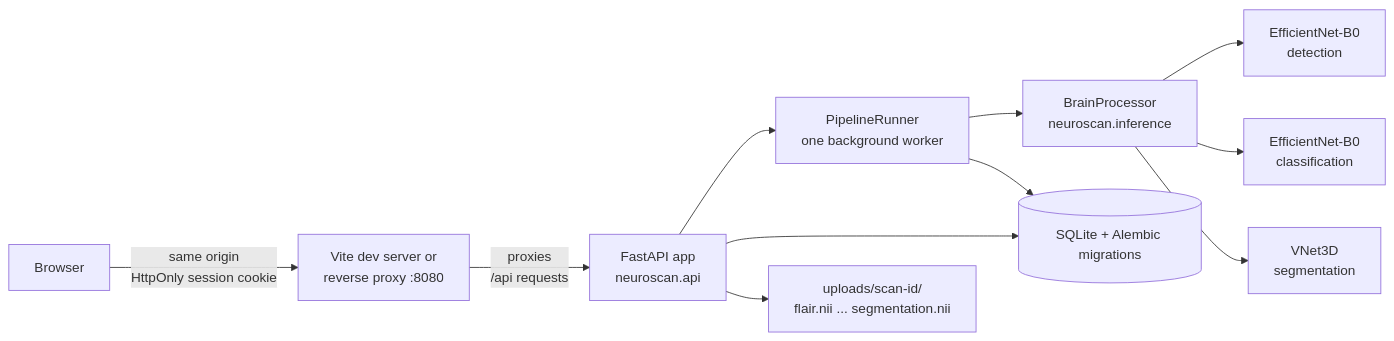
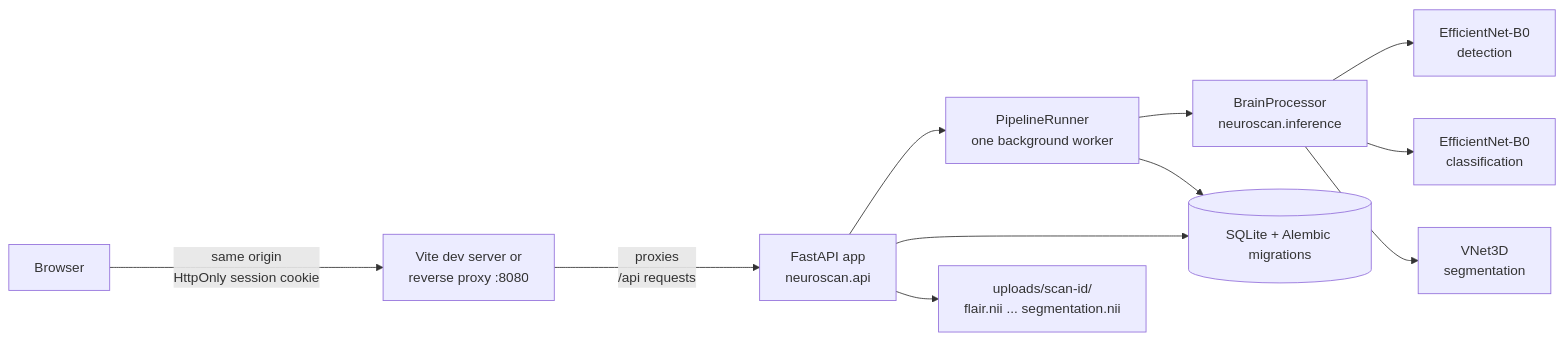
One commit to parthmital/NeuroScan-AI changed the diagram in README.md. Above: the diagram before and after it, drawn with Mermaid.

````diff
--- a/README.md
+++ b/README.md
@@ -73,13 +73,13 @@
 ```mermaid
 flowchart LR
-    U[Browser] -->|"same origin<br/>HttpOnly session cookie"| F["Vite dev server or<br/>reverse proxy :8080"]
-    F -->|"proxies<br/>/api requests"| B[FastAPI app<br/>neuroscan.api]
+    U[Browser] ---->|"same origin<br/>HttpOnly session cookie"| F["Vite dev server or<br/>reverse proxy :8080"]
+    F ---->|"proxies<br/>/api requests"| B[FastAPI app<br/>neuroscan.api]
     B --> Q[PipelineRunner<br/>one background worker]
     Q --> P[BrainProcessor<br/>neuroscan.inference]
     P --> M1[EfficientNet-B0<br/>detection]
     P --> M2[EfficientNet-B0<br/>classification]
     P --> M3[VNet3D<br/>segmentation]
     B --> DB[(SQLite + Alembic migrations)]
     Q --> DB
     B --> FS[uploads/scan-id/<br/>flair.nii ... segmentation.nii]
 ```
````
